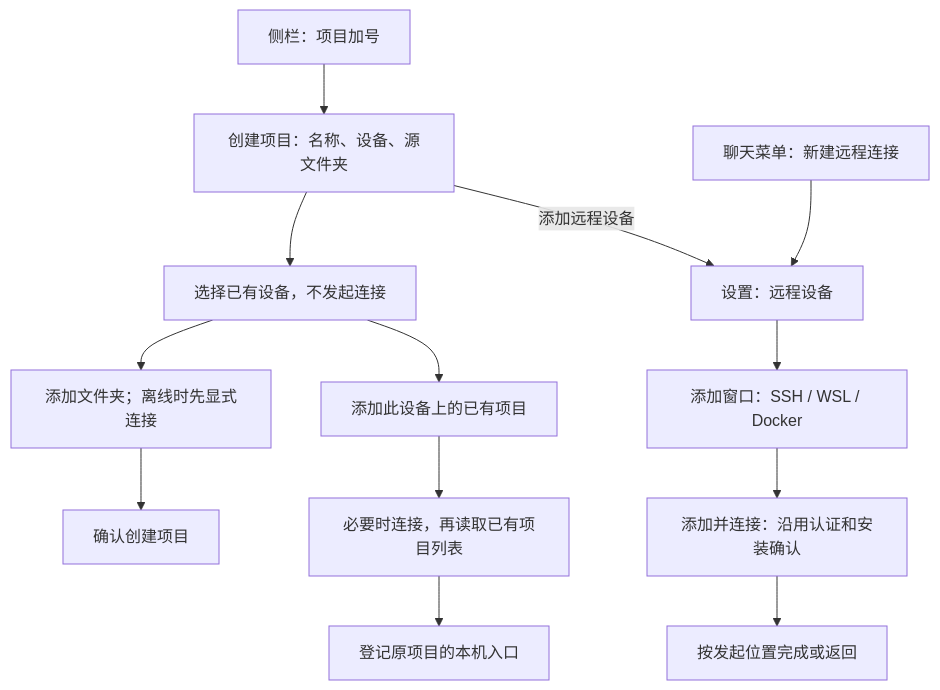
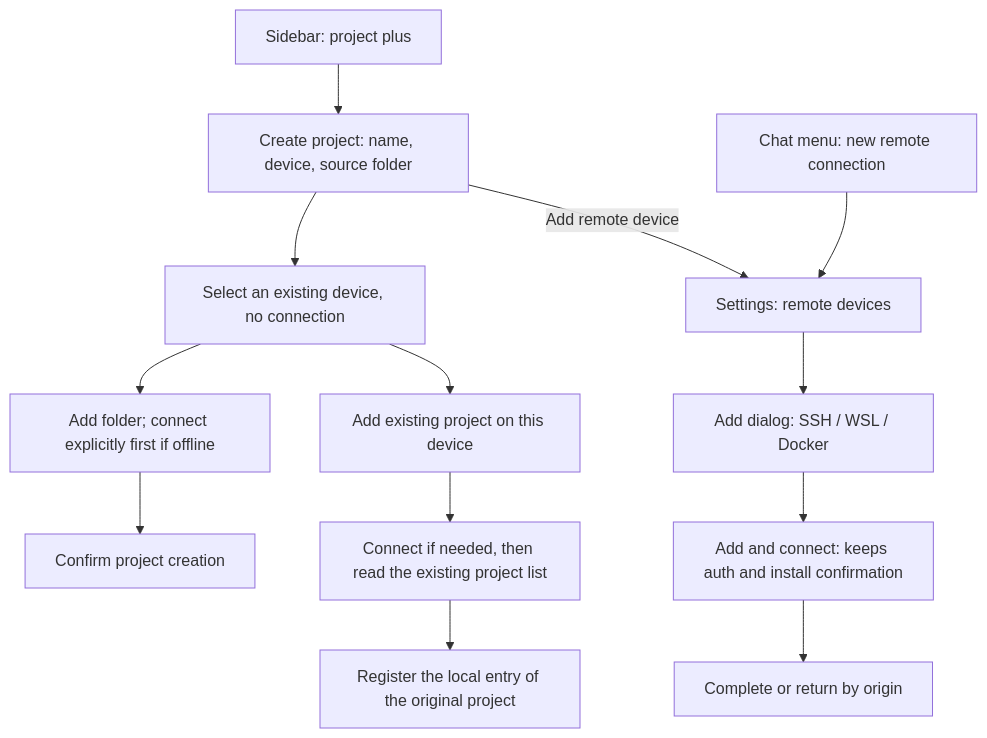
One commit to osben/ZCode changed the diagram in docs/issues/remote-connection-ux/15-project-device-selection-and-connection-management.md. Above: the diagram before and after it, drawn with Mermaid. The commit also changed other lines of this file and 30 other files, not shown here.

````diff
--- a/docs/issues/remote-connection-ux/15-project-device-selection-and-connection-management.md
+++ b/docs/issues/remote-connection-ux/15-project-device-selection-and-connection-management.md
@@ -29,15 +29,15 @@
 ```mermaid
 flowchart TD
-    P[侧栏：项目加号] --> F[创建项目：名称、设备、源文件夹]
-    F --> S[选择已有设备，不发起连接]
-    S --> D[添加文件夹；离线时先显式连接]
-    D --> C[确认创建项目]
-    S --> E[添加此设备上的已有项目]
-    E --> L[必要时连接，再读取已有项目列表]
-    L --> A[登记原项目的本机入口]
-    F -- 添加远程设备 --> M[设置：远程设备]
-    H[聊天菜单：新建远程连接] --> M
-    M --> N[添加窗口：SSH / WSL / Docker]
-    N --> R[添加并连接：沿用认证和安装确认]
-    R --> O[按发起位置完成或返回]
+    P[Sidebar: project plus] --> F[Create project: name, device, source folder]
+    F --> S[Select an existing device, no connection]
+    S --> D[Add folder; connect explicitly first if offline]
+    D --> C[Confirm project creation]
+    S --> E[Add existing project on this device]
+    E --> L[Connect if needed, then read the existing project list]
+    L --> A[Register the local entry of the original project]
+    F -- Add remote device --> M[Settings: remote devices]
+    H[Chat menu: new remote connection] --> M
+    M --> N[Add dialog: SSH / WSL / Docker]
+    N --> R[Add and connect: keeps auth and install confirmation]
+    R --> O[Complete or return by origin]
 ```
````
